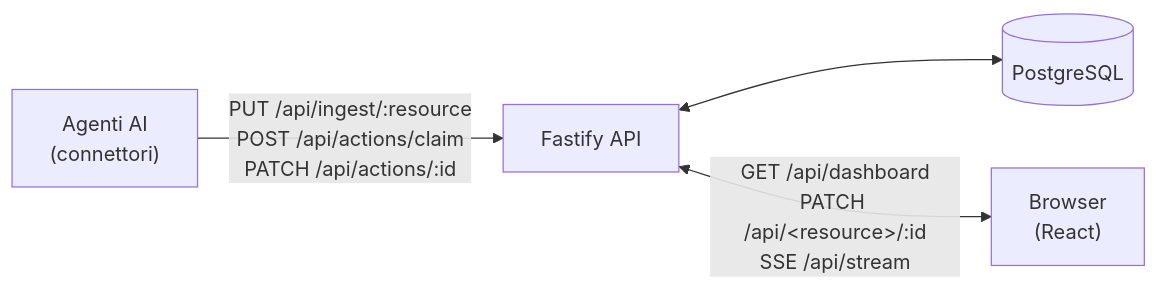
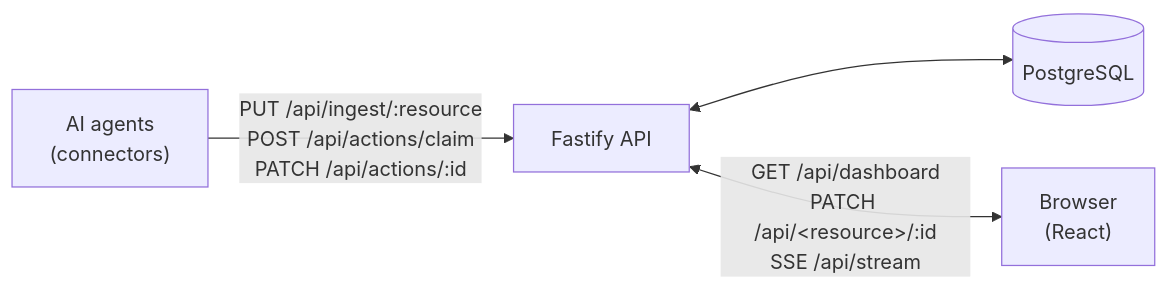
The diagram in README.md (marcomanfrin/my-personal-dashboard), drawn with Mermaid before and after one commit. The commit also changed other lines of this file, not shown here.

````diff
--- a/README.md
+++ b/README.md
@@ -26,11 +26,11 @@
 ```mermaid
 flowchart LR
-  agents["Agenti AI<br>(connettori)"]
+  agents["AI agents<br>(connectors)"]
   api["Fastify API"]
   db[("PostgreSQL")]
   browser["Browser<br>(React)"]
 
   agents -- "PUT /api/ingest/:resource<br>POST /api/actions/claim<br>PATCH /api/actions/:id" --> api
   api <--> db
   api <-- "GET /api/dashboard<br>PATCH /api/&lt;resource&gt;/:id<br>SSE /api/stream" --> browser
 ```
````
